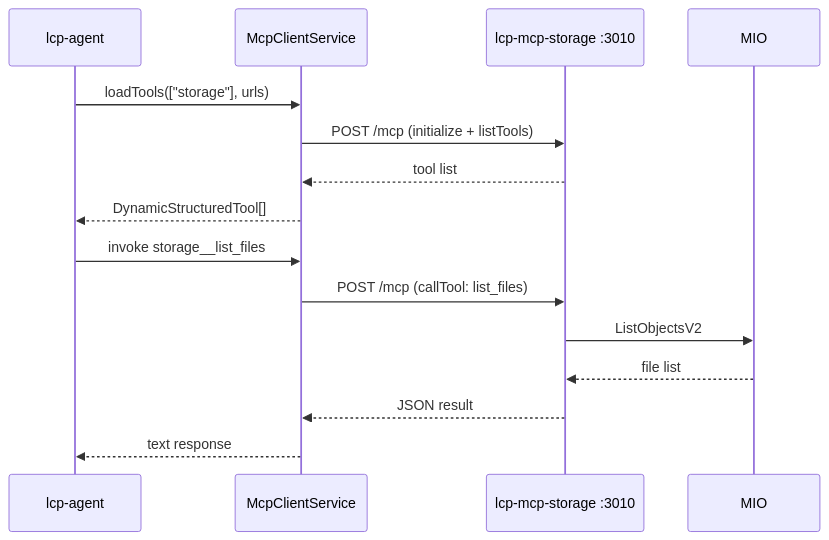
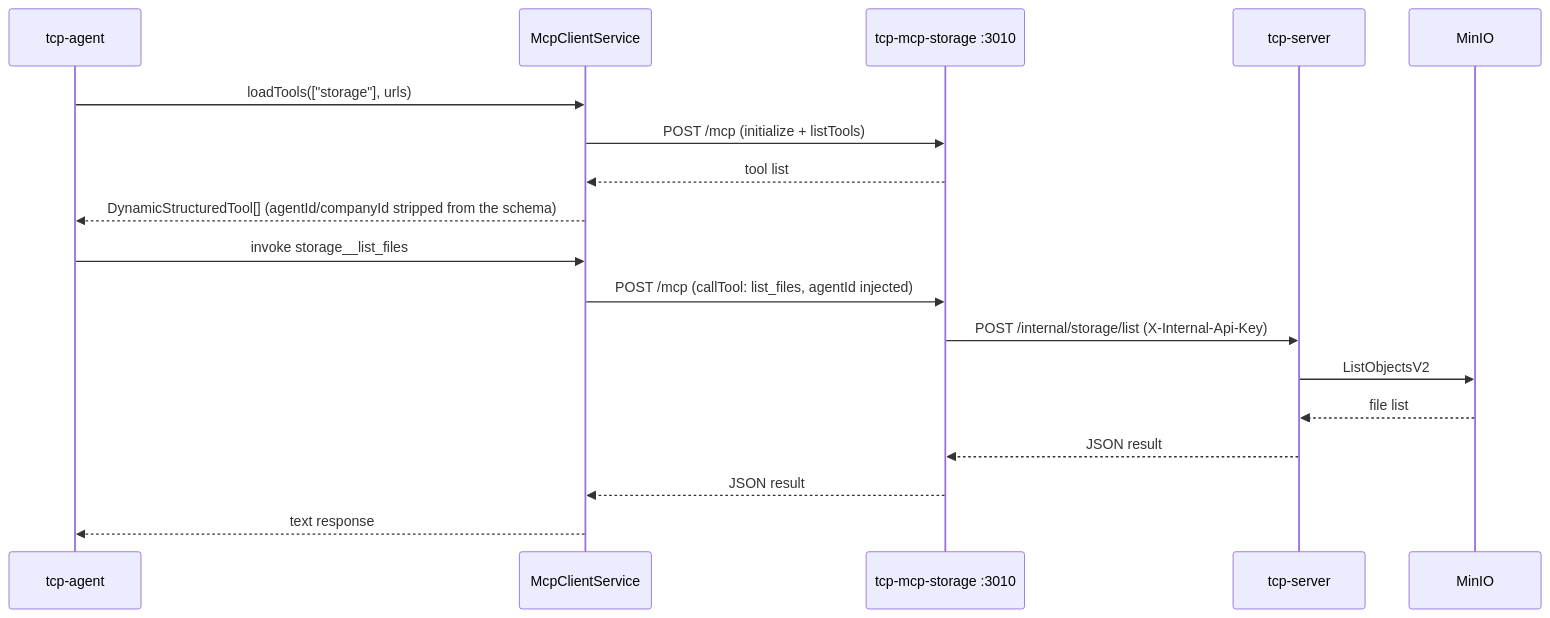
Before and after one commit to instantiator/tcp-server: the diagram in docs/manual-testing/06-mcp-servers.md, drawn with Mermaid. The commit also changed other lines of this file and 1129 other files, not shown here.

````diff
--- a/docs/manual-testing/06-mcp-servers.md
+++ b/docs/manual-testing/06-mcp-servers.md
@@ -15,18 +20,22 @@
 ```mermaid
 sequenceDiagram
-    participant A as lcp-agent
+    participant A as tcp-agent
     participant C as McpClientService
-    participant S as lcp-mcp-storage :3010
+    participant S as tcp-mcp-storage :3010
+    participant TS as tcp-server
+    participant MIO as MinIO
 
     A->>C: loadTools(["storage"], urls)
     C->>S: POST /mcp (initialize + listTools)
     S-->>C: tool list
-    C-->>A: DynamicStructuredTool[]
+    C-->>A: DynamicStructuredTool[] (agentId/companyId stripped from the schema)
 
     A->>C: invoke storage__list_files
-    C->>S: POST /mcp (callTool: list_files)
-    S->>MIO: ListObjectsV2
-    MIO-->>S: file list
+    C->>S: POST /mcp (callTool: list_files, agentId injected)
+    S->>TS: POST /internal/storage/list (X-Internal-Api-Key)
+    TS->>MIO: ListObjectsV2
+    MIO-->>TS: file list
+    TS-->>S: JSON result
     S-->>C: JSON result
     C-->>A: text response
 ```
````
